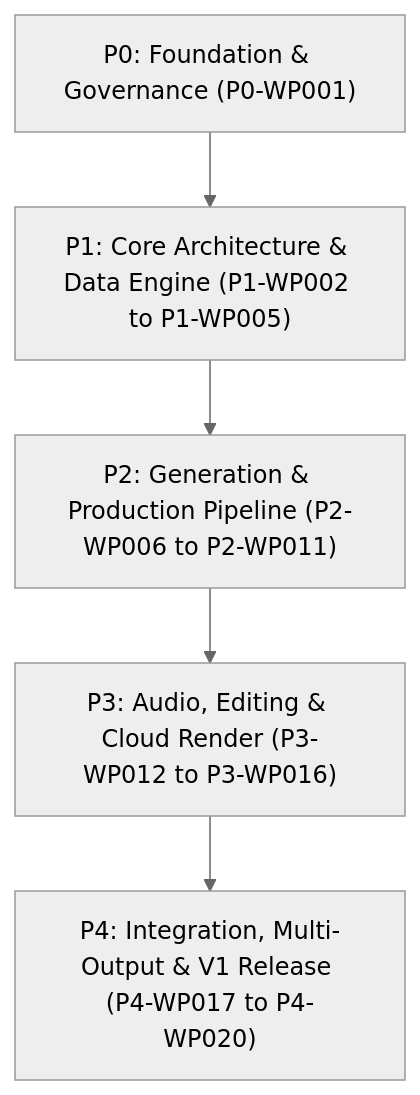
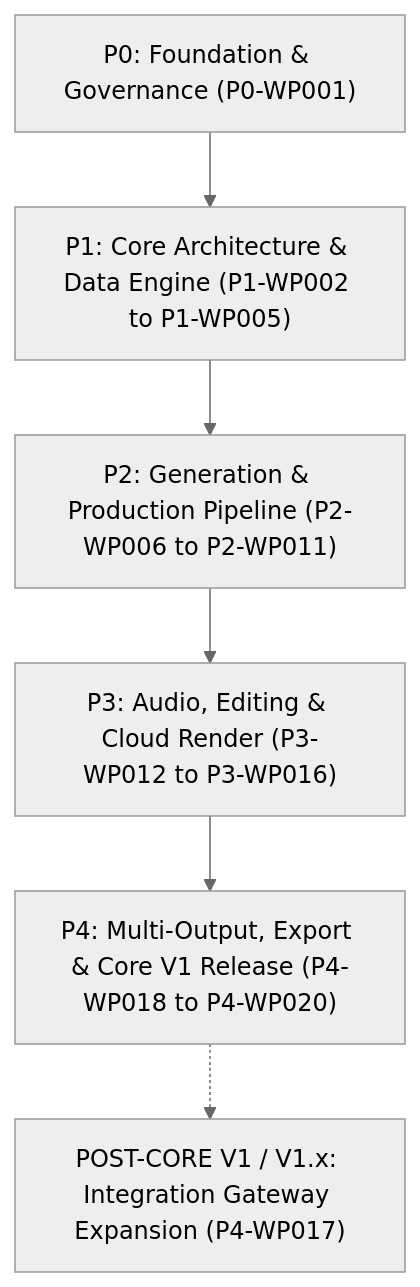
The diagram in project-docs/40_DELIVERY/WORK_PACKAGES.md (rebootob/Orbis-Video-Studio-AI), drawn with Mermaid (neutral theme) before and after one commit. The commit also changed other lines of this file and 7 other files, not shown here.

Commit message:
docs: fix handoff HEAD semantics using HANDOFF_BASE_SHA and clarify Core V1 vs Post-Core V1 integration scope

````diff
--- a/project-docs/40_DELIVERY/WORK_PACKAGES.md
+++ b/project-docs/40_DELIVERY/WORK_PACKAGES.md
@@ -20,7 +20,8 @@
 ```mermaid
 graph TD
     P0["P0: Foundation & Governance (P0-WP001)"] --> P1["P1: Core Architecture & Data Engine (P1-WP002 to P1-WP005)"]
     P1 --> P2["P2: Generation & Production Pipeline (P2-WP006 to P2-WP011)"]
     P2 --> P3["P3: Audio, Editing & Cloud Render (P3-WP012 to P3-WP016)"]
-    P3 --> P4["P4: Integration, Multi-Output & V1 Release (P4-WP017 to P4-WP020)"]
+    P3 --> P4["P4: Multi-Output, Export & Core V1 Release (P4-WP018 to P4-WP020)"]
+    P4 -.-> P1x["POST-CORE V1 / V1.x: Integration Gateway Expansion (P4-WP017)"]
 ```
````
